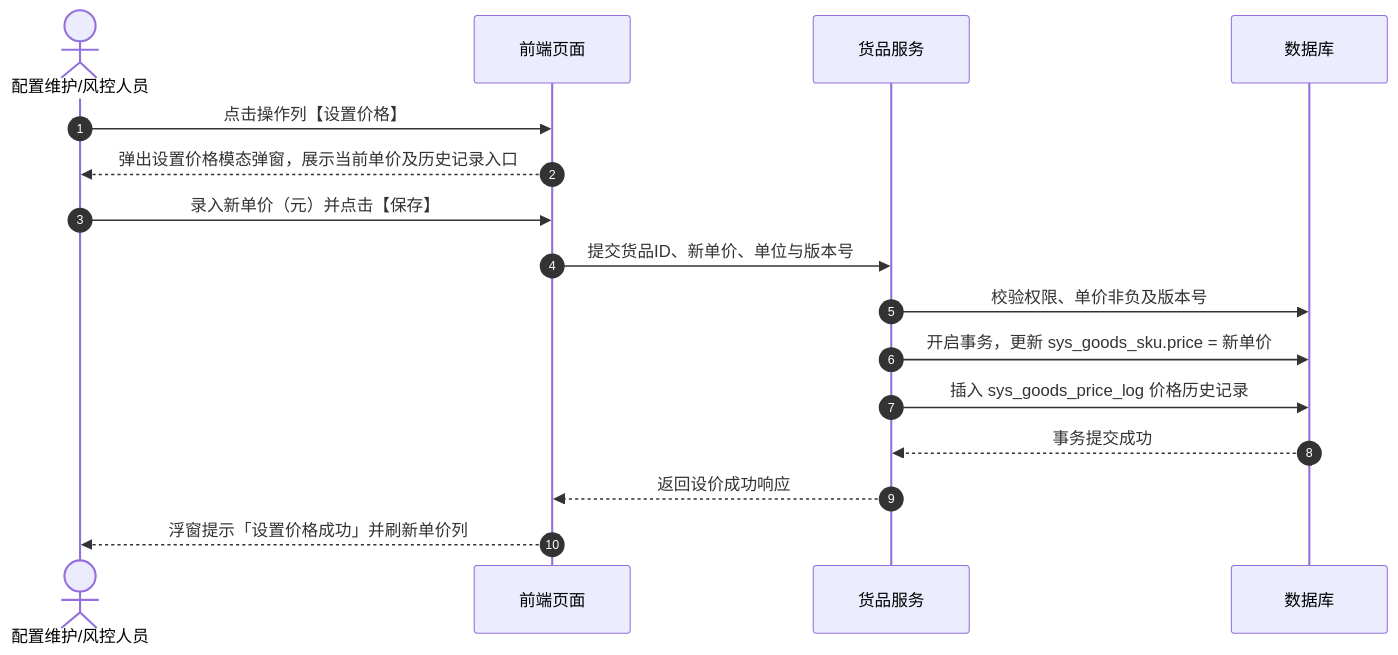
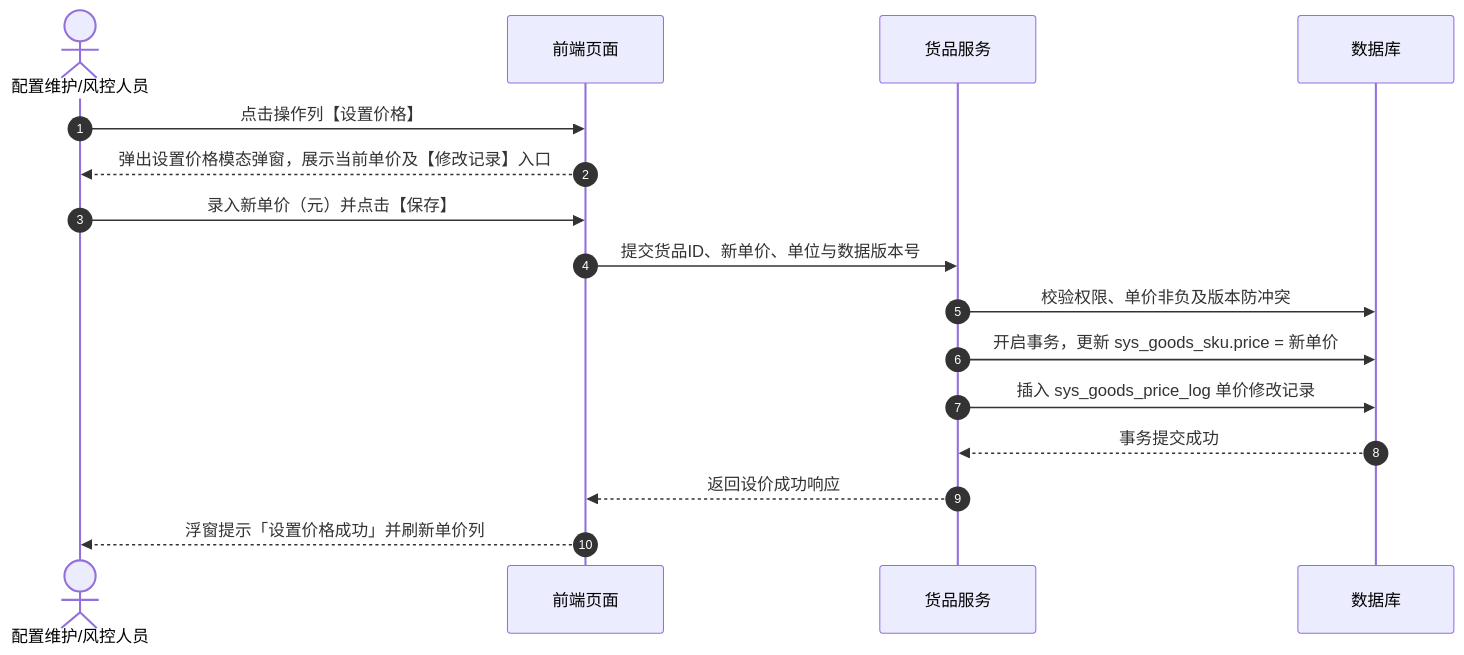
The second of 3 diagrams in 02-PRD文档/B-迭代需求/6.3版本（2026.09）/06-货品规格管理-货品管理/货品管理业务规则规格.md (RobertHuang999/SYZC), drawn with Mermaid before and after one commit. The commit also changed other lines of this file and 47 other files, not shown here.

````diff
--- a/02-PRD文档/B-迭代需求/6.3版本（2026.09）/06-货品规格管理-货品管理/货品管理业务规则规格.md
+++ b/02-PRD文档/B-迭代需求/6.3版本（2026.09）/06-货品规格管理-货品管理/货品管理业务规则规格.md
@@ -175,19 +197,19 @@
 ```mermaid
 sequenceDiagram
     autonumber
     actor U as 配置维护/风控人员
     participant F as 前端页面
     participant B as 货品服务
     participant DB as 数据库
 
     U->>F: 点击操作列【设置价格】
-    F-->>U: 弹出设置价格模态弹窗，展示当前单价及历史记录入口
+    F-->>U: 弹出设置价格模态弹窗，展示当前单价及【修改记录】入口
     U->>F: 录入新单价（元）并点击【保存】
-    F->>B: 提交货品ID、新单价、单位与版本号
-    B->>DB: 校验权限、单价非负及版本号
+    F->>B: 提交货品ID、新单价、单位与数据版本号
+    B->>DB: 校验权限、单价非负及版本防冲突
     B->>DB: 开启事务，更新 sys_goods_sku.price = 新单价
-    B->>DB: 插入 sys_goods_price_log 价格历史记录
+    B->>DB: 插入 sys_goods_price_log 单价修改记录
     DB-->>B: 事务提交成功
     B-->>F: 返回设价成功响应
     F-->>U: 浮窗提示「设置价格成功」并刷新单价列
 ```
````
